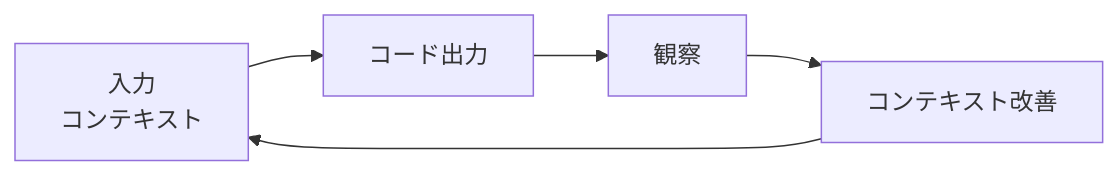
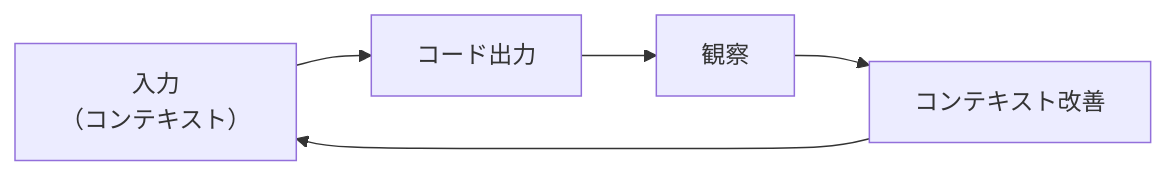
Before and after one commit to yahsan2/zenn: the first of 2 diagrams in articles/claude-code-yolo-no-code.md, drawn with Mermaid. The commit also changed other lines of this file, not shown here.

````diff
--- a/articles/claude-code-yolo-no-code.md
+++ b/articles/claude-code-yolo-no-code.md
@@ -196,7 +195,7 @@
 ```mermaid
 graph LR
-    A[入力<br/>コンテキスト] --> B[コード出力]
+    A[入力<br/>（コンテキスト）] --> B[コード出力]
     B --> C[観察]
     C --> D[コンテキスト改善]
     D --> A
 ```
````
